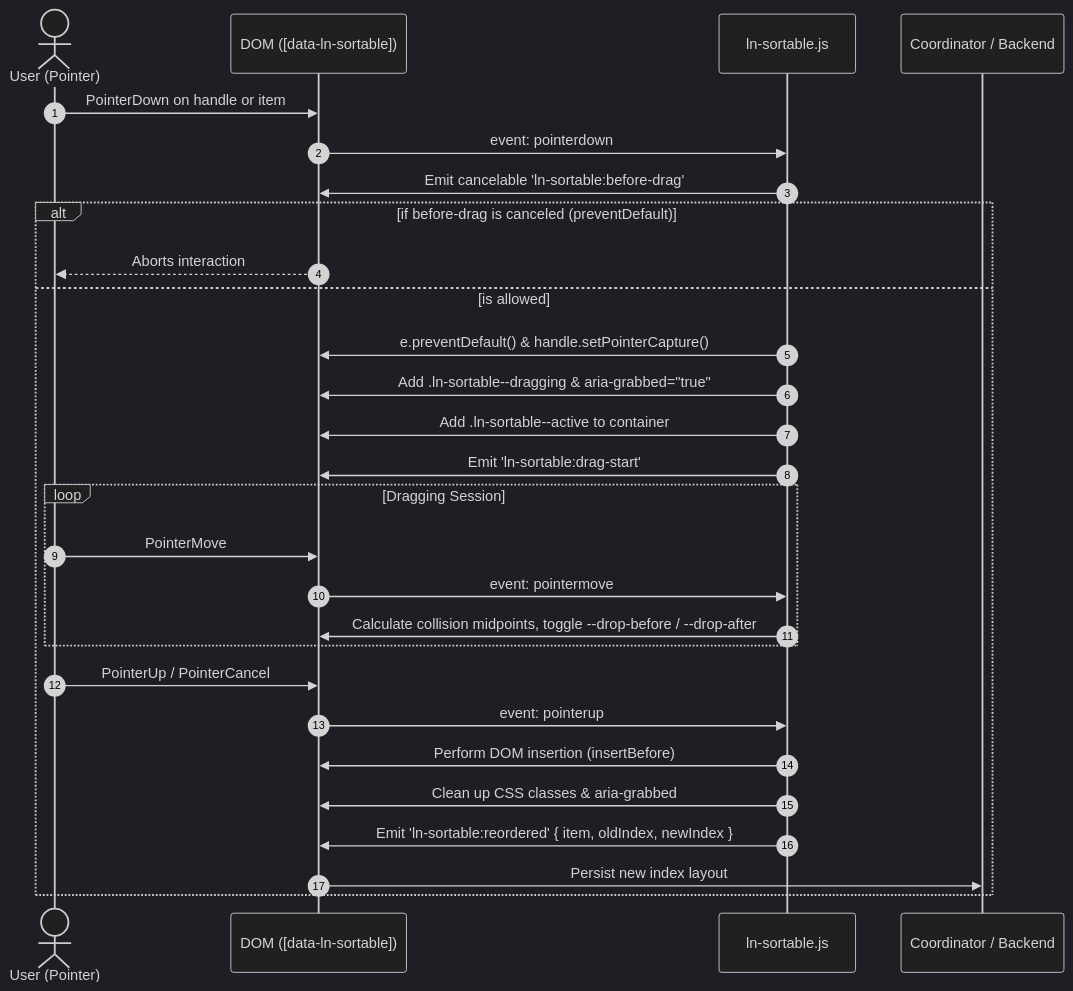
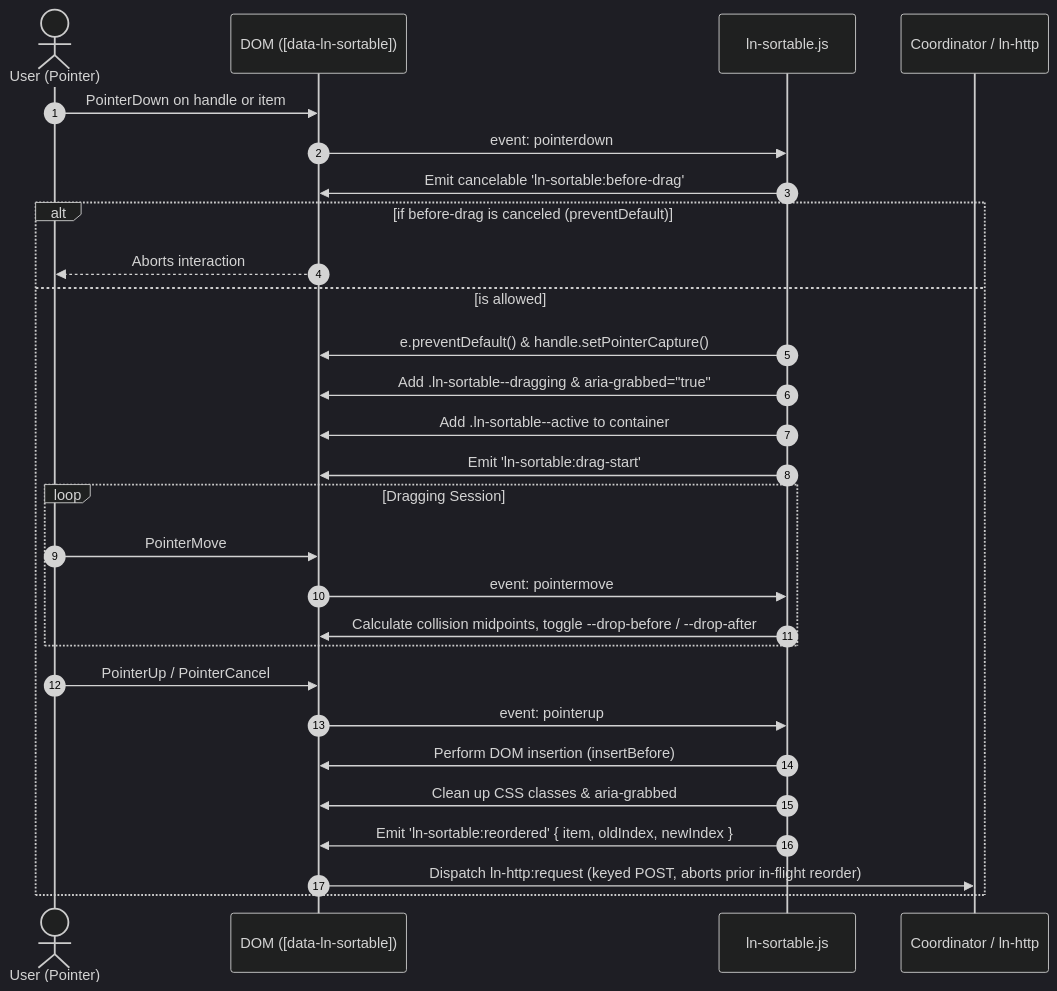
Before and after one commit to livenetworks/ln-ashlar: the diagram in docs-mcp/components/ln-sortable.md, drawn with Mermaid (dark theme). The commit also changed other lines of this file and 3 other files, not shown here.

Commit message:
docs(ln-sortable,ln-http): document keyed reorder POST cancellation and fix stale sortable docs

````diff
--- a/docs-mcp/components/ln-sortable.md
+++ b/docs-mcp/components/ln-sortable.md
@@ -283,33 +330,33 @@
 ```mermaid
 sequenceDiagram
     autonumber
     actor User as User (Pointer)
     participant DOM as DOM ([data-ln-sortable])
     participant JS as ln-sortable.js
-    participant Coord as Coordinator / Backend
+    participant Coord as Coordinator / ln-http
 
     User->>DOM: PointerDown on handle or item
     DOM->>JS: event: pointerdown
     JS->>DOM: Emit cancelable 'ln-sortable:before-drag'
     alt if before-drag is canceled (preventDefault)
         DOM-->>User: Aborts interaction
     else is allowed
         JS->>DOM: e.preventDefault() & handle.setPointerCapture()
         JS->>DOM: Add .ln-sortable--dragging & aria-grabbed="true"
         JS->>DOM: Add .ln-sortable--active to container
         JS->>DOM: Emit 'ln-sortable:drag-start'
         
         loop Dragging Session
             User->>DOM: PointerMove
             DOM->>JS: event: pointermove
             JS->>DOM: Calculate collision midpoints, toggle --drop-before / --drop-after
         end
 
         User->>DOM: PointerUp / PointerCancel
         DOM->>JS: event: pointerup
         JS->>DOM: Perform DOM insertion (insertBefore)
         JS->>DOM: Clean up CSS classes & aria-grabbed
         JS->>DOM: Emit 'ln-sortable:reordered' { item, oldIndex, newIndex }
-        DOM->>Coord: Persist new index layout
+        DOM->>Coord: Dispatch ln-http:request (keyed POST, aborts prior in-flight reorder)
     end
 ```
````
